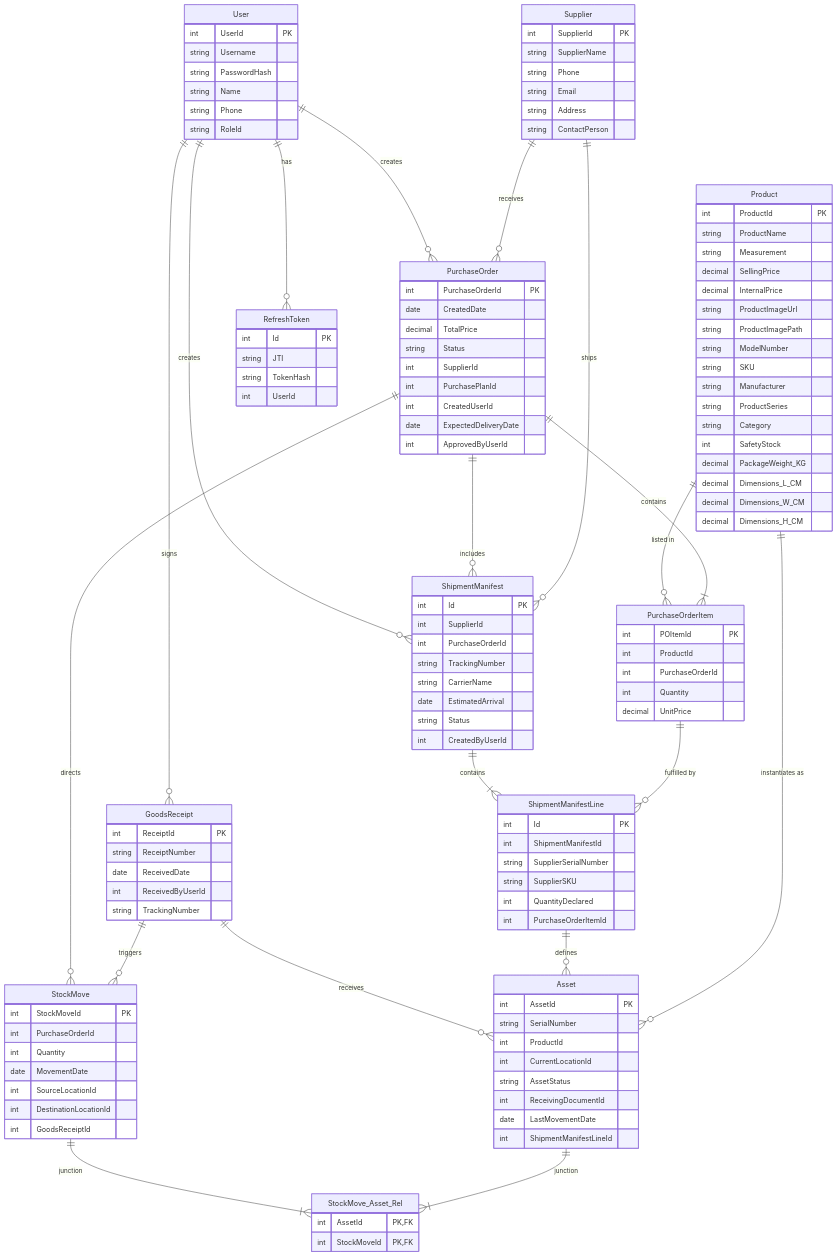
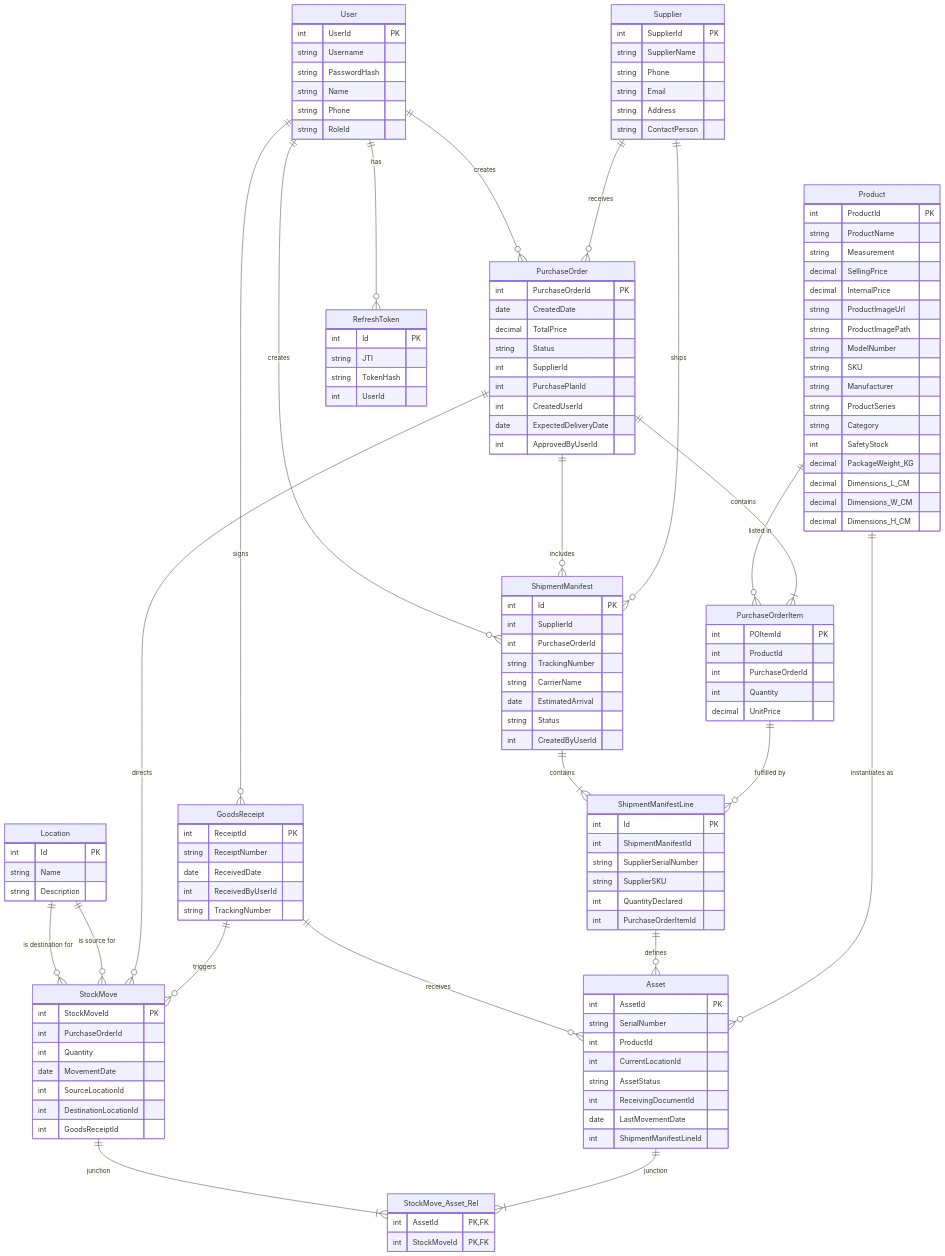
Before and after one commit to Khiem2112/inventory-management-app: the first of 5 diagrams in README.md, drawn with Mermaid. The commit also changed other lines of this file, not shown here.

Commit message:
Revise section titles in README for clarity
Updated section titles and descriptions for clarity and specificity, including changes to the Multi-Step Form Wizard and Asset Verification Flow.

````diff
--- a/README.md
+++ b/README.md
@@ -149,6 +149,11 @@
         int DestinationLocationId
         int GoodsReceiptId
     }
+    Location {
+        int Id PK
+        string Name
+        string Description
+    }
     StockMove_Asset_Rel {
         int AssetId PK, FK
         int StockMoveId PK, FK
@@ -186,4 +191,6 @@
     User ||--o{ PurchaseOrder : "creates"
     User ||--o{ GoodsReceipt : "signs"
     User ||--o{ RefreshToken : "has"
+    Location ||--o{ StockMove : "is source for"
+    Location ||--o{ StockMove : "is destination for"
 ```
````
